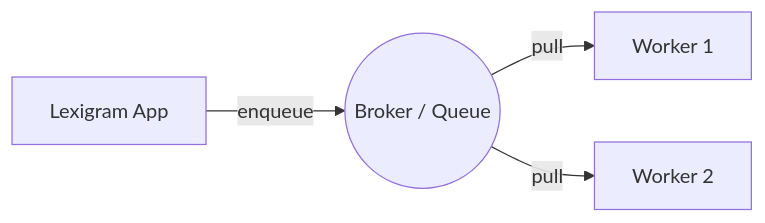
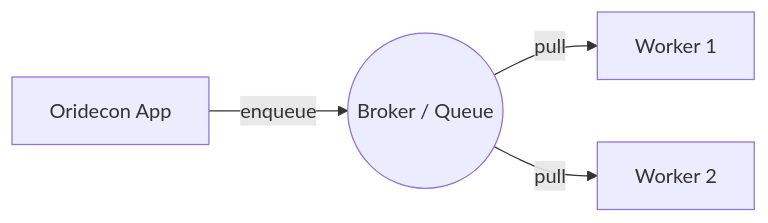
The diagram in docs/guides/background-jobs.md (dbtinoy-/oridecon-dev), drawn with Mermaid before and after one commit. The commit also changed other lines of this file and 9831 other files, not shown here.

First line of the commit message:
chore: rename lexigram → oridecon (full namespace rename)

````diff
--- a/docs/guides/background-jobs.md
+++ b/docs/guides/background-jobs.md
@@ -104,6 +104,6 @@
 ```mermaid
 graph LR
-    App[Lexigram App] -- enqueue --> Broker((Broker / Queue))
+    App[Oridecon App] -- enqueue --> Broker((Broker / Queue))
     Broker -- pull --> W1[Worker 1]
     Broker -- pull --> W2[Worker 2]
 ```
````
